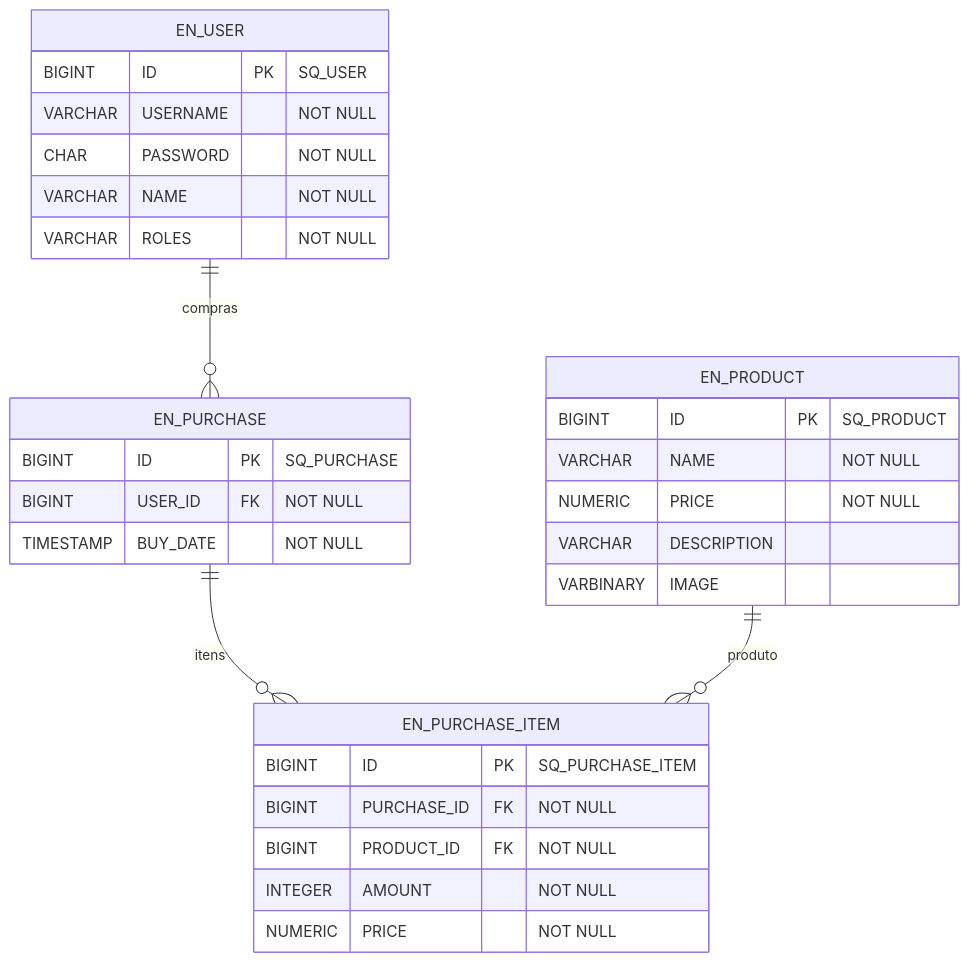
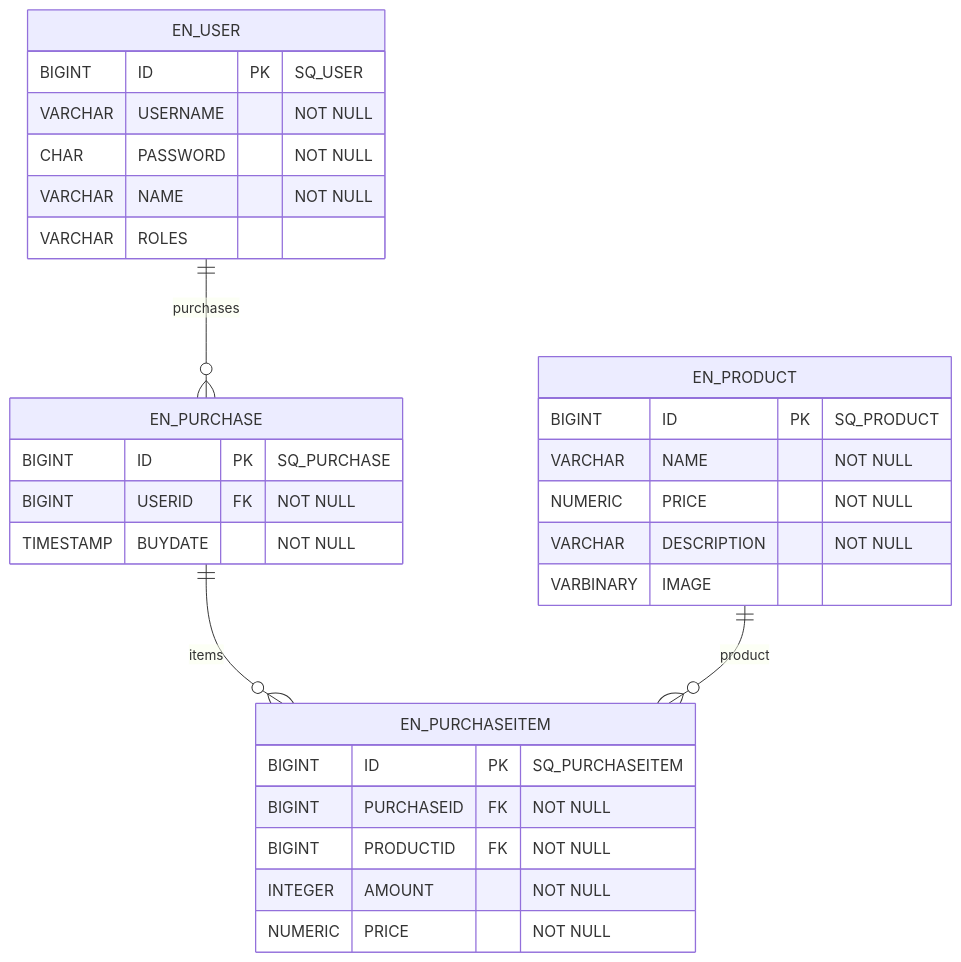
One commit to mrcdom/wdc-cube-java-v2 changed the second of 2 diagrams in fontes/br.com.wdc.shopping/br.com.wdc.shopping.persistence/persistence.impl/README.md. Above: the diagram before and after it, drawn with Mermaid. The commit also changed other lines of this file and 69 other files, not shown here.

````diff
--- a/fontes/br.com.wdc.shopping/br.com.wdc.shopping.persistence/persistence.impl/README.md
+++ b/fontes/br.com.wdc.shopping/br.com.wdc.shopping.persistence/persistence.impl/README.md
@@ -261,36 +282,36 @@
 ```mermaid
 erDiagram
     EN_USER {
         BIGINT ID PK "SQ_USER"
         VARCHAR USERNAME "NOT NULL"
         CHAR PASSWORD "NOT NULL"
         VARCHAR NAME "NOT NULL"
-        VARCHAR ROLES "NOT NULL"
+        VARCHAR ROLES
     }
 
     EN_PRODUCT {
         BIGINT ID PK "SQ_PRODUCT"
         VARCHAR NAME "NOT NULL"
         NUMERIC PRICE "NOT NULL"
-        VARCHAR DESCRIPTION
+        VARCHAR DESCRIPTION "NOT NULL"
         VARBINARY IMAGE
     }
 
     EN_PURCHASE {
         BIGINT ID PK "SQ_PURCHASE"
-        BIGINT USER_ID FK "NOT NULL"
-        TIMESTAMP BUY_DATE "NOT NULL"
+        BIGINT USERID FK "NOT NULL"
+        TIMESTAMP BUYDATE "NOT NULL"
     }
 
-    EN_PURCHASE_ITEM {
-        BIGINT ID PK "SQ_PURCHASE_ITEM"
-        BIGINT PURCHASE_ID FK "NOT NULL"
-        BIGINT PRODUCT_ID FK "NOT NULL"
+    EN_PURCHASEITEM {
+        BIGINT ID PK "SQ_PURCHASEITEM"
+        BIGINT PURCHASEID FK "NOT NULL"
+        BIGINT PRODUCTID FK "NOT NULL"
         INTEGER AMOUNT "NOT NULL"
         NUMERIC PRICE "NOT NULL"
     }
 
-    EN_USER ||--o{ EN_PURCHASE : "compras"
-    EN_PURCHASE ||--o{ EN_PURCHASE_ITEM : "itens"
-    EN_PRODUCT ||--o{ EN_PURCHASE_ITEM : "produto"
+    EN_USER ||--o{ EN_PURCHASE : "purchases"
+    EN_PURCHASE ||--o{ EN_PURCHASEITEM : "items"
+    EN_PRODUCT ||--o{ EN_PURCHASEITEM : "product"
 ```
````
